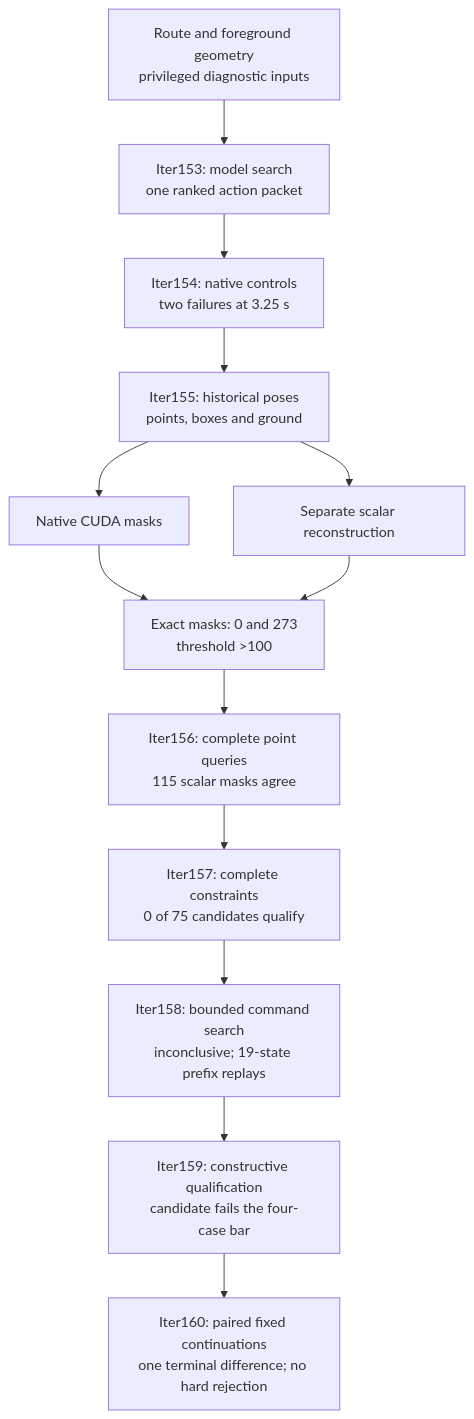
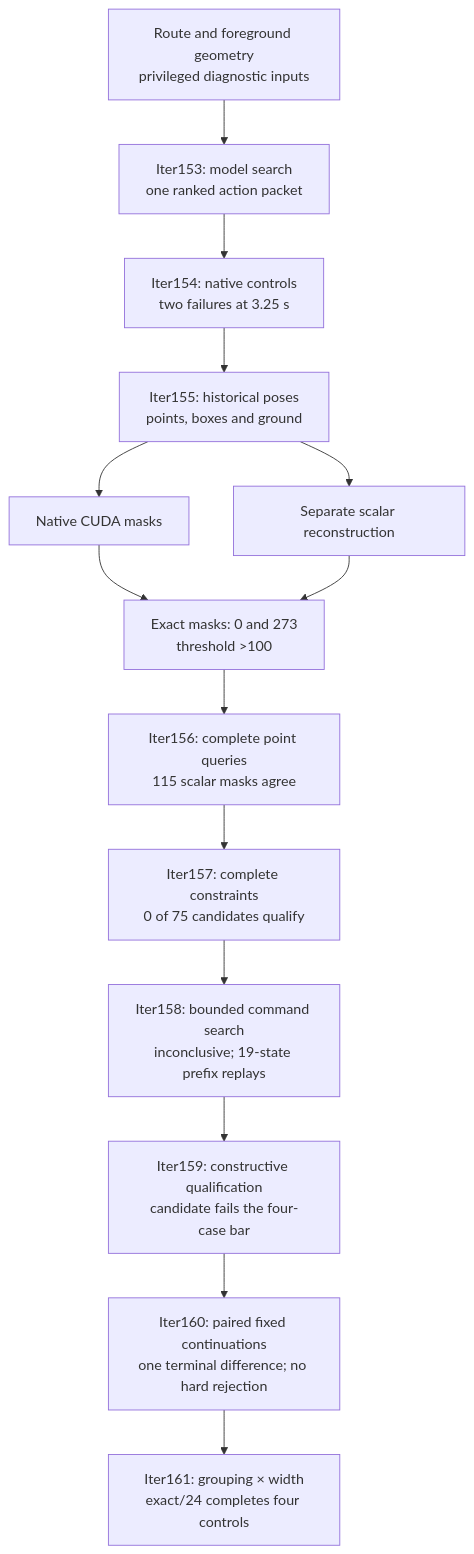
One commit to manfromnowhere143/sentinel changed the fourth of 4 diagrams in docs/ARCHITECTURE.md. Above: the diagram before and after it, drawn with Mermaid. The commit also changed other lines of this file and 26 other files, not shown here.

Commit message:
Close grouping-width ablation and document exact-state qualification

````diff
--- a/docs/ARCHITECTURE.md
+++ b/docs/ARCHITECTURE.md
@@ -209,17 +209,18 @@
 ```mermaid
 flowchart TB
   accTitle: The diagnostic model, native test and background witness
-  accDescr: A privileged model candidate fails in the native scene. A separate source-point extraction reproduces the collision predicate without a new driving episode.
+  accDescr: Calibrated collision checks lead to a qualified synthetic search; native recovery remains unknown.
   G["Route and foreground geometry<br/>privileged diagnostic inputs"] --> M["Iter153: model search<br/>one ranked action packet"]
   M --> N["Iter154: native controls<br/>two failures at 3.25 s"]
   N --> X["Iter155: historical poses<br/>points, boxes and ground"]
   X --> C["Native CUDA masks"]
   X --> S["Separate scalar reconstruction"]
   C --> E["Exact masks: 0 and 273<br/>threshold >100"]
   S --> E
   E --> F["Iter156: complete point queries<br/>115 scalar masks agree"]
   F --> L["Iter157: complete constraints<br/>0 of 75 candidates qualify"]
   L --> A["Iter158: bounded command search<br/>inconclusive; 19-state prefix replays"]
   A --> Q["Iter159: constructive qualification<br/>candidate fails the four-case bar"]
   Q --> K["Iter160: paired fixed continuations<br/>one terminal difference; no hard rejection"]
+  K --> Z["Iter161: grouping × width<br/>exact/24 completes four controls"]
 ```
````
